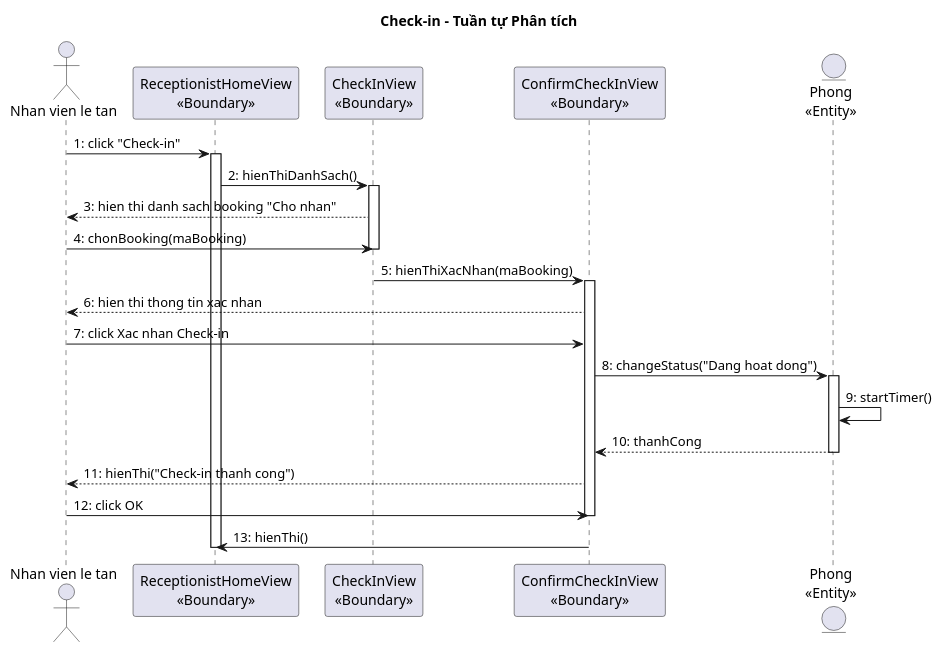
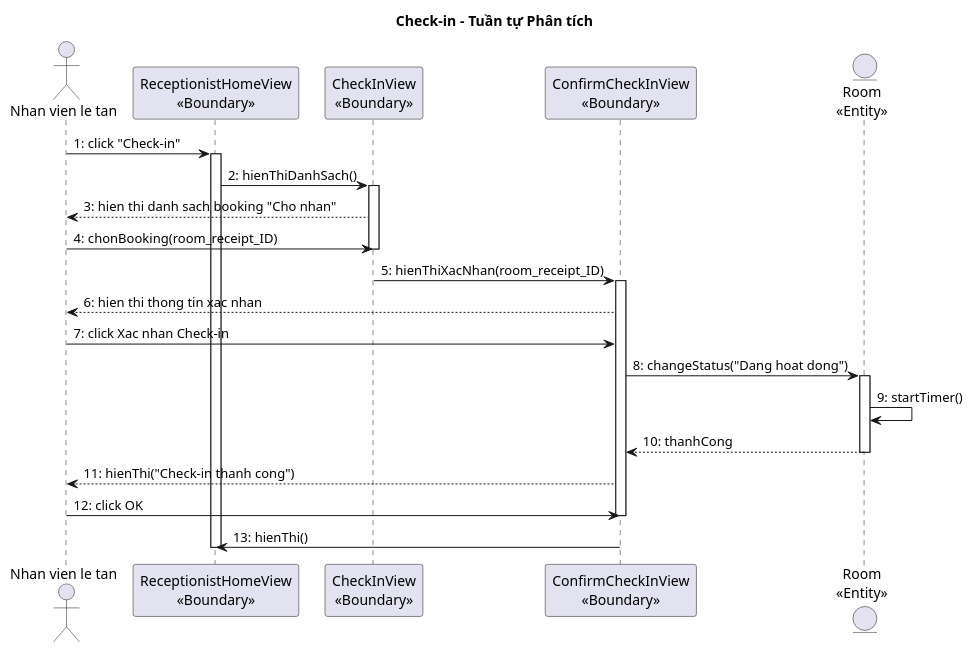
The seventh of 8 diagrams in docs/tabs/section-booking-ii.3-2.4.md (thanhtrnnn/cnpm), drawn with PlantUML before and after one commit. The commit also changed other lines of this file and 10 other files, not shown here.

First line of the commit message:
sync: update all sequence diagrams with English entity names per Google Docs

````diff
--- a/docs/tabs/section-booking-ii.3-2.4.md
+++ b/docs/tabs/section-booking-ii.3-2.4.md
@@ -486,33 +486,33 @@
 ```plantuml
 @startuml
 title Check-in – Tuần tự Phân tích
 
 actor "Nhan vien le tan" as NV
 participant "ReceptionistHomeView\n<<Boundary>>" as Home
 participant "CheckInView\n<<Boundary>>" as CheckIn
 participant "ConfirmCheckInView\n<<Boundary>>" as Confirm
-entity "Phong\n<<Entity>>" as Phong
+entity "Room\n<<Entity>>" as Room
 
 NV -> Home : 1: click "Check-in"
 activate Home
 Home -> CheckIn : 2: hienThiDanhSach()
 activate CheckIn
 CheckIn --> NV : 3: hien thi danh sach booking "Cho nhan"
-NV -> CheckIn : 4: chonBooking(maBooking)
+NV -> CheckIn : 4: chonBooking(room_receipt_ID)
 deactivate CheckIn
-CheckIn -> Confirm : 5: hienThiXacNhan(maBooking)
+CheckIn -> Confirm : 5: hienThiXacNhan(room_receipt_ID)
 activate Confirm
 Confirm --> NV : 6: hien thi thong tin xac nhan
 NV -> Confirm : 7: click Xac nhan Check-in
-Confirm -> Phong : 8: changeStatus("Dang hoat dong")
-activate Phong
-Phong -> Phong : 9: startTimer()
-Phong --> Confirm : 10: thanhCong
-deactivate Phong
+Confirm -> Room : 8: changeStatus("Dang hoat dong")
+activate Room
+Room -> Room : 9: startTimer()
+Room --> Confirm : 10: thanhCong
+deactivate Room
 Confirm --> NV : 11: hienThi("Check-in thanh cong")
 NV -> Confirm : 12: click OK
 deactivate Confirm
 Confirm -> Home : 13: hienThi()
 deactivate Home
 @enduml
 ```
````
